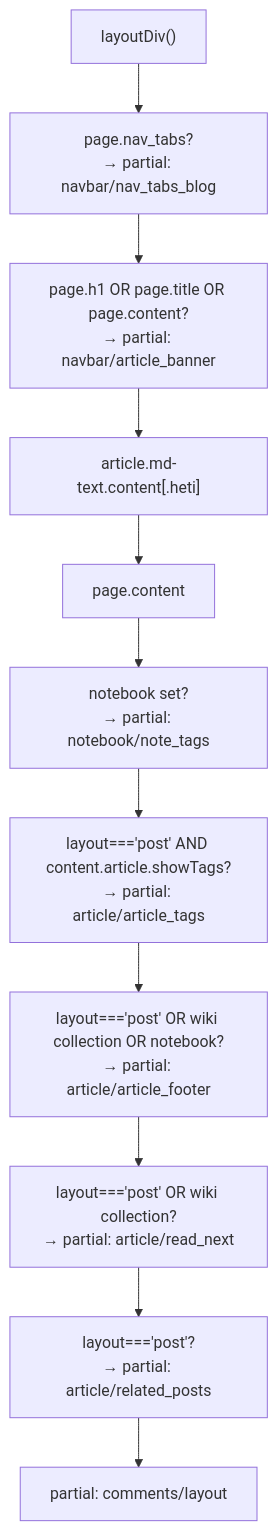
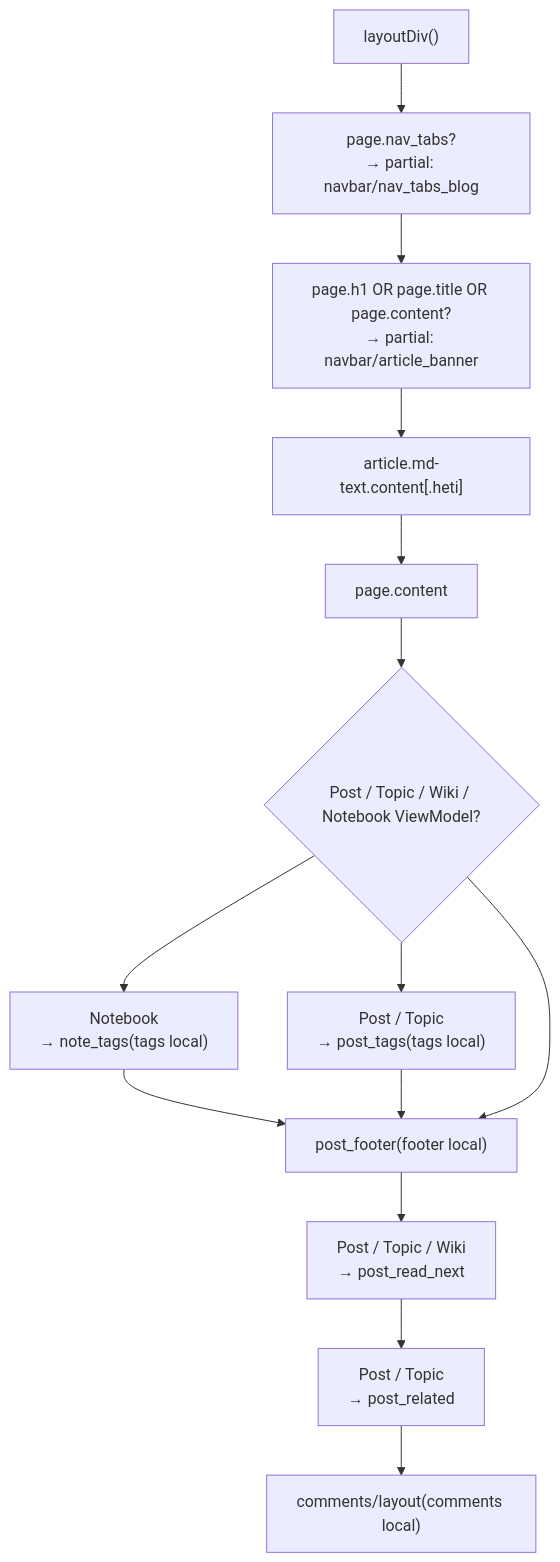
The fifth of 5 diagrams in docs/knowledge/02-布局系统/page-templates-routing.md (xaoxuu/hexo-theme-stellar), drawn with Mermaid before and after one commit. The commit also changed other lines of this file and 44 other files, not shown here.

````diff
--- a/docs/knowledge/02-布局系统/page-templates-routing.md
+++ b/docs/knowledge/02-布局系统/page-templates-routing.md
@@ -170,13 +170,16 @@
 ```mermaid
 flowchart TD
     START["layoutDiv()"] --> NAVTABS["page.nav_tabs?\n→ partial: navbar/nav_tabs_blog"]
     NAVTABS --> BANNER["page.h1 OR page.title OR page.content?\n→ partial: navbar/article_banner"]
     BANNER --> ARTICLE["article.md-text.content[.heti]"]
     ARTICLE --> CONTENT["page.content"]
-    CONTENT --> NOTETAGS["notebook set?\n→ partial: notebook/note_tags"]
-    NOTETAGS --> TAGS["layout==='post' AND content.article.showTags?\n→ partial: article/article_tags"]
-    TAGS --> FOOTER["layout==='post' OR wiki collection OR notebook?\n→ partial: article/article_footer"]
-    FOOTER --> READNEXT["layout==='post' OR wiki collection?\n→ partial: article/read_next"]
-    READNEXT --> RELATED["layout==='post'?\n→ partial: article/related_posts"]
-    RELATED --> COMMENTS["partial: comments/layout"]
+    CONTENT --> STRICT{"Post / Topic / Wiki / Notebook ViewModel?"}
+    STRICT --> NOTETAGS["Notebook\n→ note_tags(tags local)"]
+    STRICT --> POSTTAGS["Post / Topic\n→ post_tags(tags local)"]
+    NOTETAGS --> FOOTER["post_footer(footer local)"]
+    POSTTAGS --> FOOTER
+    STRICT --> FOOTER
+    FOOTER --> READNEXT["Post / Topic / Wiki\n→ post_read_next"]
+    READNEXT --> RELATED["Post / Topic\n→ post_related"]
+    RELATED --> COMMENTS["comments/layout(comments local)"]
 ```
````
